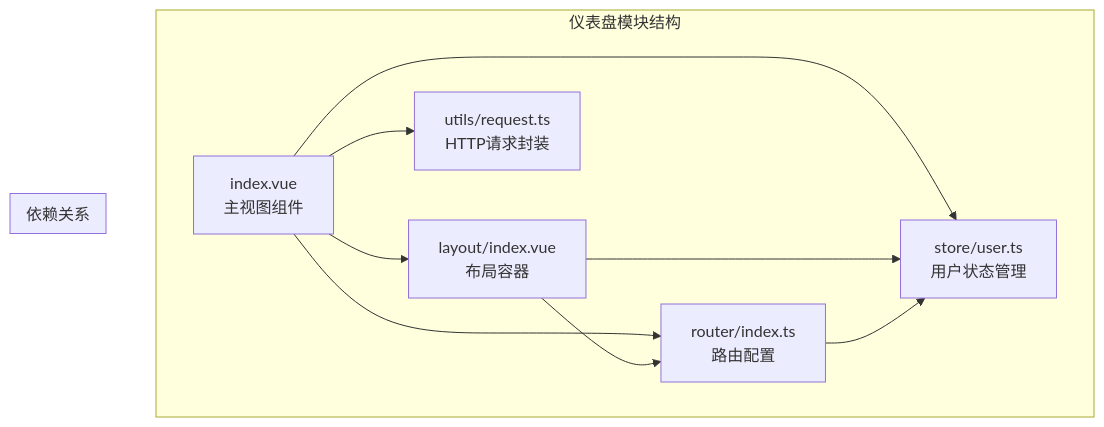
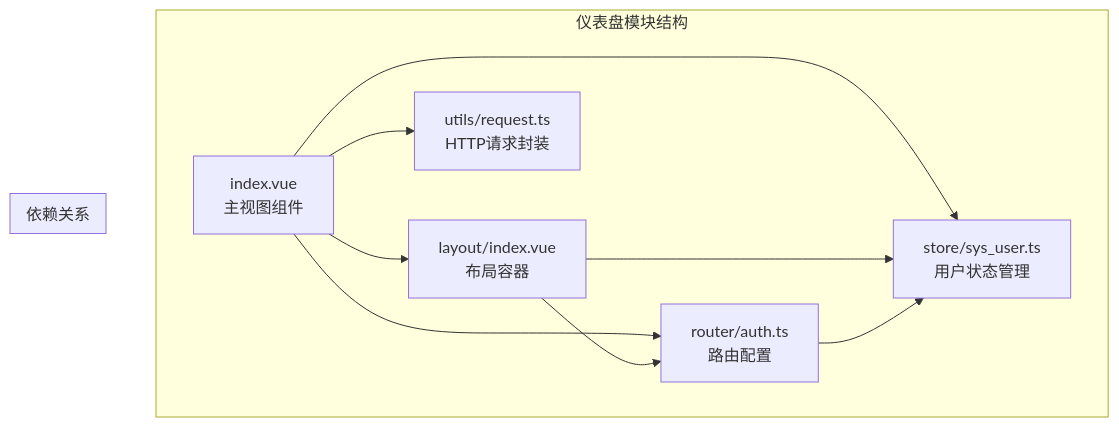
The first of 7 diagrams in .qoder/repowiki/zh/content/系统管理模块/仪表盘模块.md (qiseyun/vue-ts-admin), drawn with Mermaid before and after one commit. The commit also changed other lines of this file and 42 other files, not shown here.

````diff
--- a/.qoder/repowiki/zh/content/系统管理模块/仪表盘模块.md
+++ b/.qoder/repowiki/zh/content/系统管理模块/仪表盘模块.md
@@ -38,19 +38,19 @@
 ```mermaid
 graph TB
 subgraph "仪表盘模块结构"
 Dashboard[index.vue<br/>主视图组件]
 Layout[layout/index.vue<br/>布局容器]
-Router[router/index.ts<br/>路由配置]
-Store[store/user.ts<br/>用户状态管理]
+Router[router/auth.ts<br/>路由配置]
+Store[store/sys_user.ts<br/>用户状态管理]
 Utils[utils/request.ts<br/>HTTP请求封装]
 end
 subgraph "依赖关系"
 Dashboard --> Layout
 Dashboard --> Router
 Dashboard --> Store
 Dashboard --> Utils
 Layout --> Router
 Layout --> Store
 Router --> Store
 end
 ```
````
